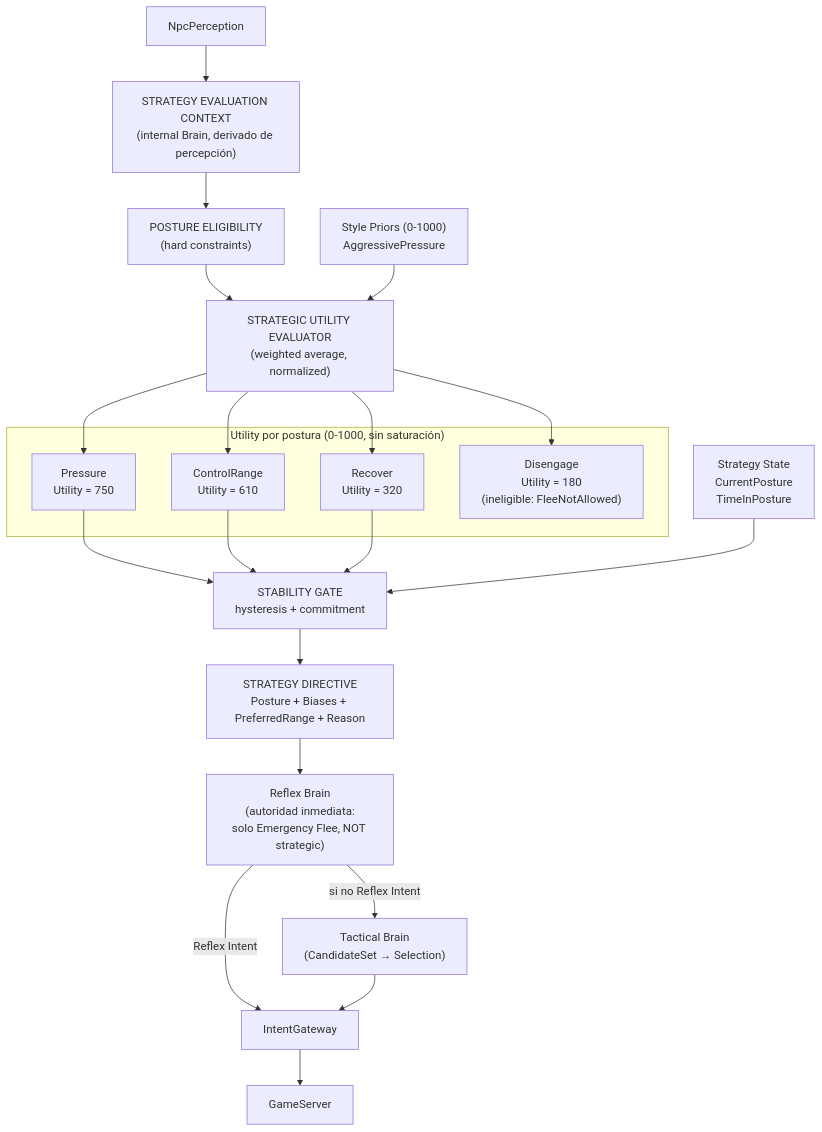
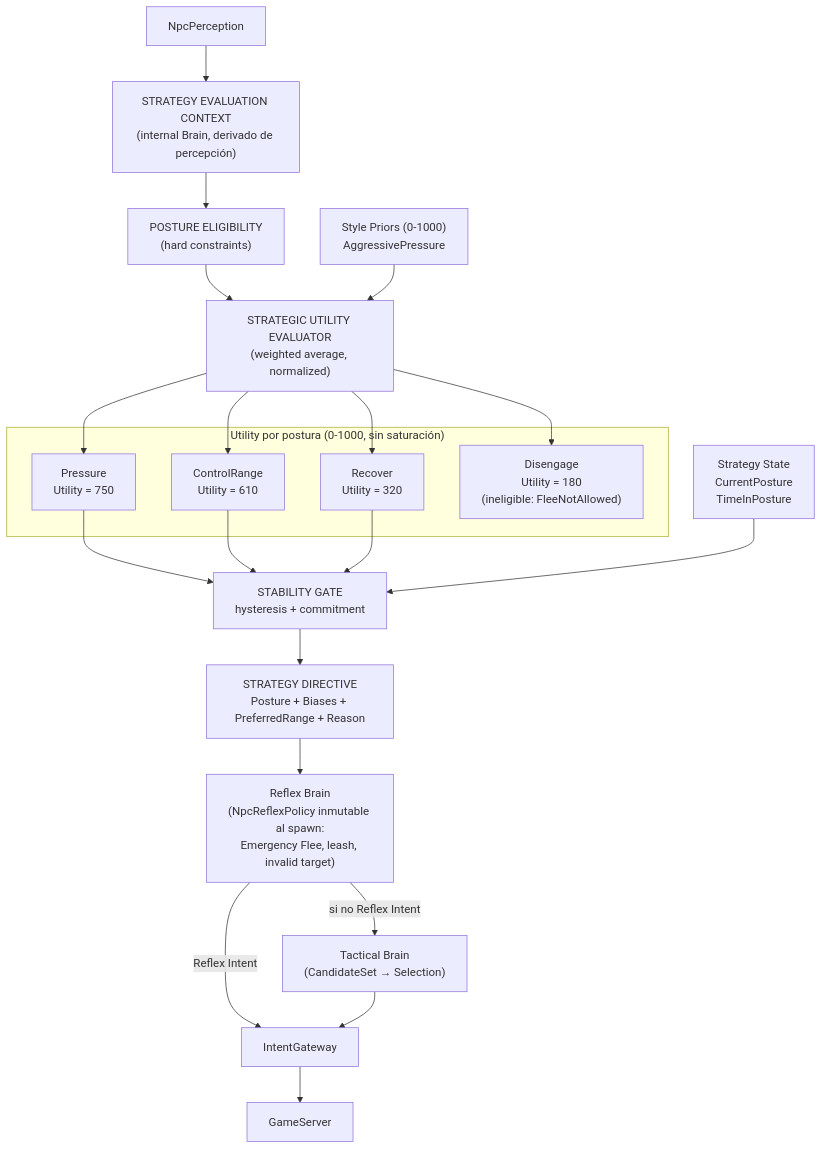
One commit to Oravlalesco/l2dn-server changed the diagram in L2Dn/Documentation/Architecture/Roadmap/01b_Fase_4B5_Stateful_Strategic_Utility.md. Above: the diagram before and after it, drawn with Mermaid. The commit also changed other lines of this file and 6 other files, not shown here.

Commit message:
docs(npc-ai): clarify capture boundaries, NpcReflexPolicy immutability, and role composition invariants

````diff
--- a/L2Dn/Documentation/Architecture/Roadmap/01b_Fase_4B5_Stateful_Strategic_Utility.md
+++ b/L2Dn/Documentation/Architecture/Roadmap/01b_Fase_4B5_Stateful_Strategic_Utility.md
@@ -72,34 +72,34 @@
 ```mermaid
 flowchart TD
     PERCEP["NpcPerception"] --> CTX["STRATEGY EVALUATION CONTEXT\n(internal Brain, derivado de percepción)"]
 
     CTX --> ELIG["POSTURE ELIGIBILITY\n(hard constraints)"]
     ELIG --> EVAL["STRATEGIC UTILITY EVALUATOR\n(weighted average, normalized)"]
 
     subgraph "Utility por postura (0-1000, sin saturación)"
         PRESS["Pressure\nUtility = 750"]
         CTRL["ControlRange\nUtility = 610"]
         RECOV["Recover\nUtility = 320"]
         DISEN["Disengage\nUtility = 180\n(ineligible: FleeNotAllowed)"]
     end
 
     EVAL --> PRESS
     EVAL --> CTRL
     EVAL --> RECOV
     EVAL --> DISEN
 
     PRESS --> GATE["STABILITY GATE\nhysteresis + commitment"]
     CTRL --> GATE
     RECOV --> GATE
 
     STYLE["Style Priors (0-1000)\nAggressivePressure"] --> EVAL
     STATE["Strategy State\nCurrentPosture\nTimeInPosture"] --> GATE
 
     GATE --> DIR["STRATEGY DIRECTIVE\nPosture + Biases + PreferredRange + Reason"]
 
-    DIR --> REFLEX["Reflex Brain\n(autoridad inmediata:\nsolo Emergency Flee, NOT strategic)"]
+    DIR --> REFLEX["Reflex Brain\n(NpcReflexPolicy inmutable al spawn:\nEmergency Flee, leash, invalid target)"]
     REFLEX -->|"si no Reflex Intent"| TACT["Tactical Brain\n(CandidateSet → Selection)"]
     REFLEX -->|"Reflex Intent"| GW["IntentGateway"]
     TACT --> GW
     GW --> GS["GameServer"]
 ```
````
